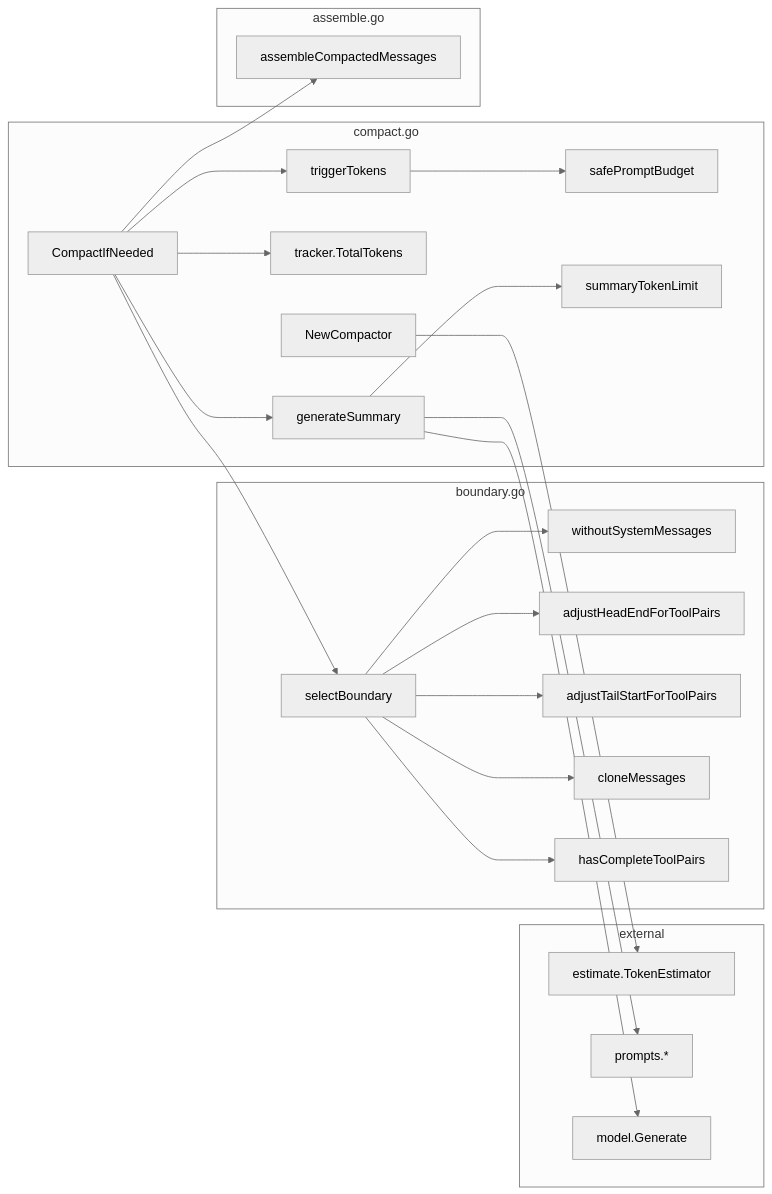
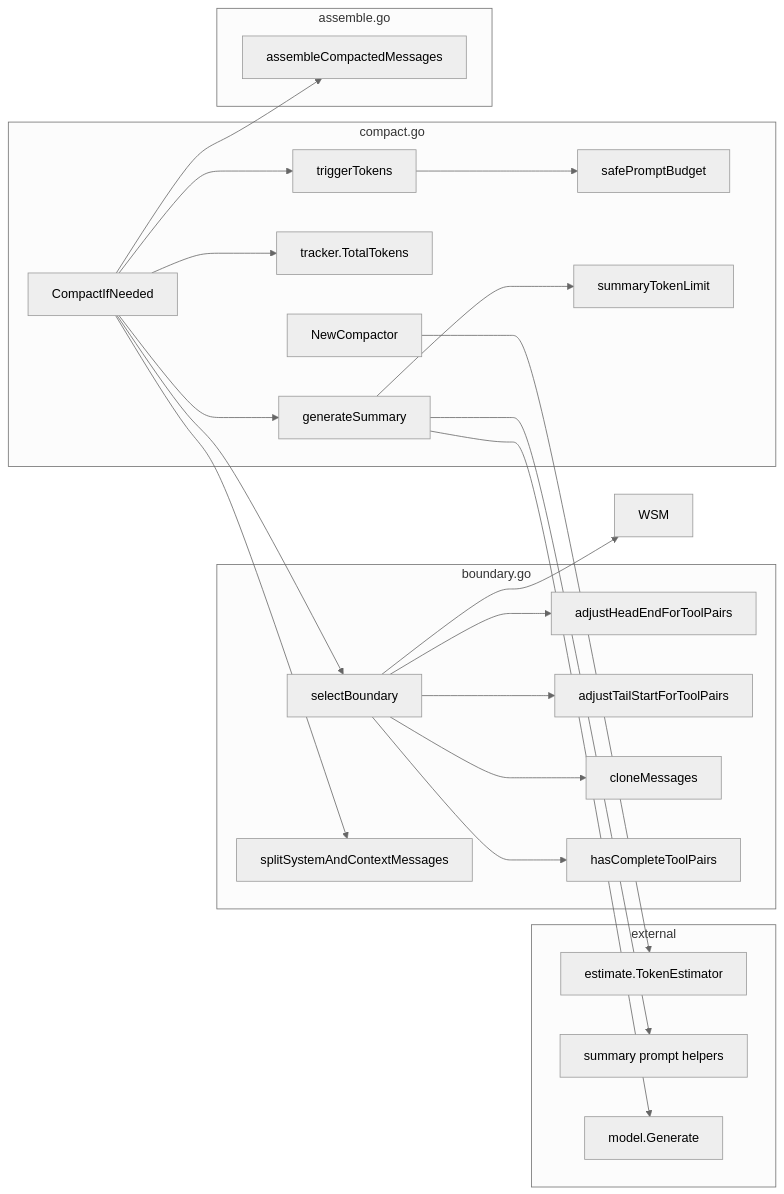
Before and after one commit to HappyLadySauce/HappyLadySauceCLI: the second of 2 diagrams in pkg/context/compact/README.md, drawn with Mermaid (neutral theme). The commit also changed other lines of this file and 30 other files, not shown here.

````diff
--- a/pkg/context/compact/README.md
+++ b/pkg/context/compact/README.md
@@ -99,46 +99,47 @@
 ```mermaid
 flowchart LR
     subgraph compact.go
         NC[NewCompactor]
         CIN[CompactIfNeeded]
         ST[tracker.TotalTokens]
         TT[triggerTokens]
         SPB[safePromptBudget]
         STL[summaryTokenLimit]
         GS[generateSummary]
     end
 
     subgraph boundary.go
         SB[selectBoundary]
-        WSM[withoutSystemMessages]
+        SCM[splitSystemAndContextMessages]
         AHE[adjustHeadEndForToolPairs]
         ATS[adjustTailStartForToolPairs]
         CM[cloneMessages]
         HCTP[hasCompleteToolPairs]
     end
 
     subgraph assemble.go
         ACM[assembleCompactedMessages]
     end
 
     subgraph external
         TE[estimate.TokenEstimator]
-        PR[prompts.*]
+        PR[summary prompt helpers]
         MD[model.Generate]
     end
 
     NC --> TE
     CIN --> ST
     CIN --> TT --> SPB
+    CIN --> SCM
     CIN --> SB
     CIN --> GS --> STL
     GS --> PR
     GS --> MD
     CIN --> ACM
 
     SB --> WSM
     SB --> AHE
     SB --> ATS
     SB --> CM
     SB --> HCTP
 ```
````
